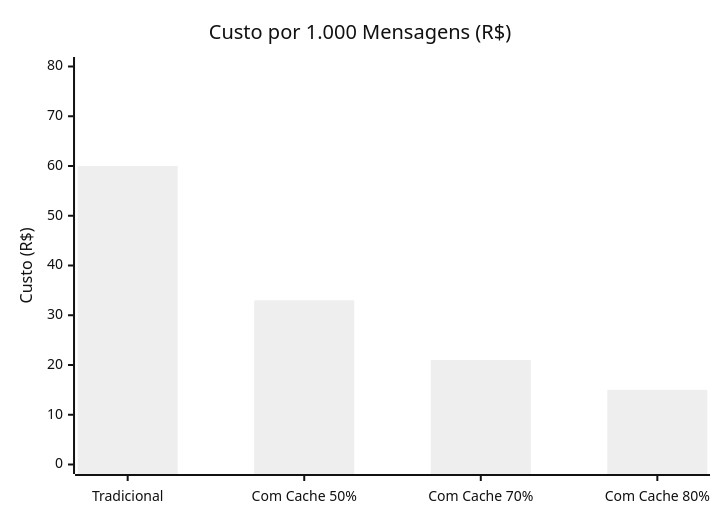
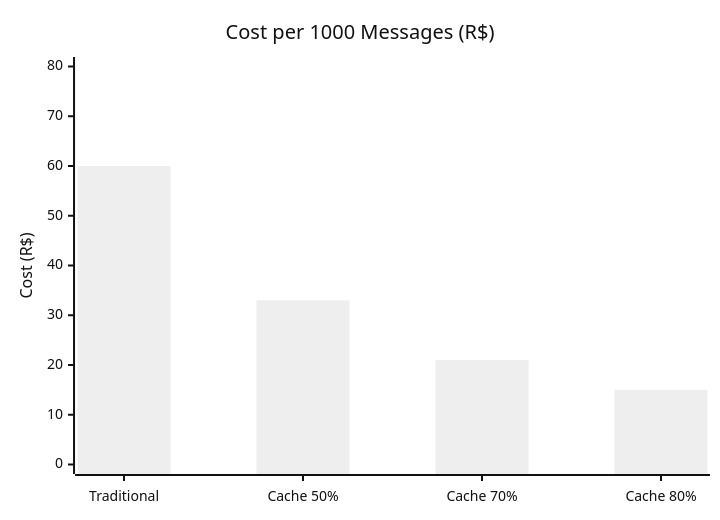
Diagram 13 of 18 in docs/ARCHITECTURE.md (RenanLisboa8/n8n-clinic-multiagent), drawn with Mermaid (neutral theme) before and after one commit. The commit also changed other lines of this file and 4 other files, not shown here.

First line of the commit message:
Update documentation and diagrams for improved clarity and accessibility

````diff
--- a/docs/ARCHITECTURE.md
+++ b/docs/ARCHITECTURE.md
@@ -651,7 +664,7 @@
 ```mermaid
 xychart-beta
-    title "Custo por 1.000 Mensagens (R$)"
-    x-axis ["Tradicional", "Com Cache 50%", "Com Cache 70%", "Com Cache 80%"]
-    y-axis "Custo (R$)" 0 --> 80
+    title "Cost per 1000 Messages (R$)"
+    x-axis ["Traditional", "Cache 50%", "Cache 70%", "Cache 80%"]
+    y-axis "Cost (R$)" 0 --> 80
     bar [60, 33, 21, 15]
 ```
````
